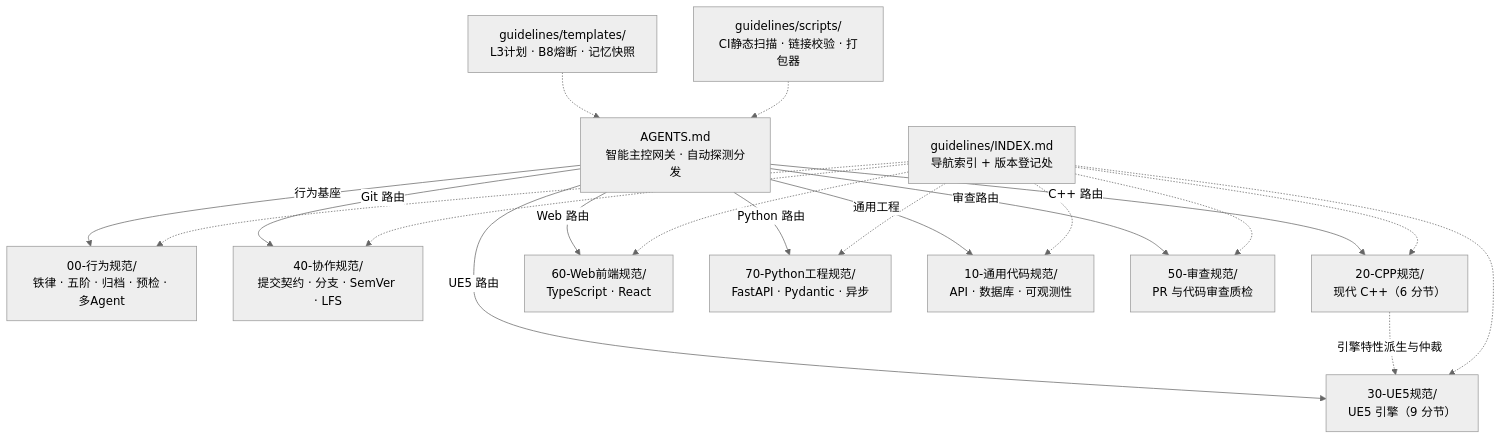
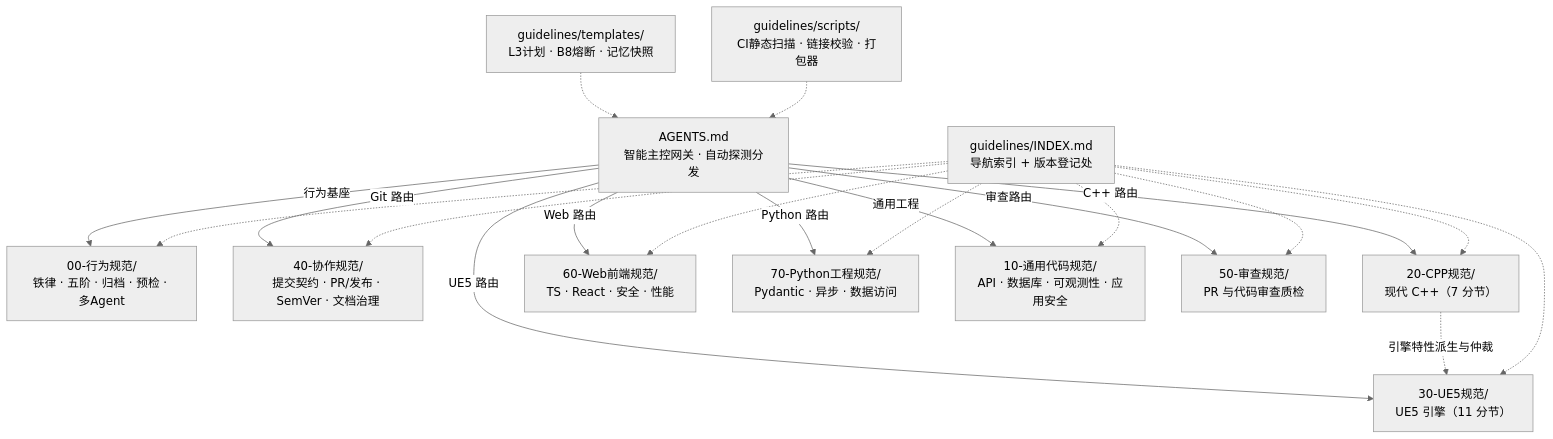
Before and after one commit to YIice-cwj/ai-coding-standards: the diagram in README.md, drawn with Mermaid (neutral theme). The commit also changed other lines of this file and 51 other files, not shown here.

````diff
--- a/README.md
+++ b/README.md
@@ -44,15 +48,15 @@
 ```mermaid
 graph TD
     M[AGENTS.md<br/>智能主控网关 · 自动探测分发] -->|行为基座| A[00-行为规范/<br/>铁律 · 五阶 · 归档 · 预检 · 多Agent]
-    M -->|Git 路由| F[40-协作规范/<br/>提交契约 · 分支 · SemVer · LFS]
-    M -->|C++ 路由| C[20-CPP规范/<br/>现代 C++（6 分节）]
-    M -->|UE5 路由| D[30-UE5规范/<br/>UE5 引擎（9 分节）]
-    M -->|Web 路由| W[60-Web前端规范/<br/>TypeScript · React]
-    M -->|Python 路由| P[70-Python工程规范/<br/>FastAPI · Pydantic · 异步]
-    M -->|通用工程| B[10-通用代码规范/<br/>API · 数据库 · 可观测性]
+    M -->|Git 路由| F[40-协作规范/<br/>提交契约 · PR/发布 · SemVer · 文档治理]
+    M -->|C++ 路由| C[20-CPP规范/<br/>现代 C++（7 分节）]
+    M -->|UE5 路由| D[30-UE5规范/<br/>UE5 引擎（11 分节）]
+    M -->|Web 路由| W[60-Web前端规范/<br/>TS · React · 安全 · 性能]
+    M -->|Python 路由| P[70-Python工程规范/<br/>Pydantic · 异步 · 数据访问]
+    M -->|通用工程| B[10-通用代码规范/<br/>API · 数据库 · 可观测性 · 应用安全]
     M -->|审查路由| E[50-审查规范/<br/>PR 与代码审查质检]
     C -.->|引擎特性派生与仲裁| D
     T[guidelines/templates/<br/>L3计划 · B8熔断 · 记忆快照] -.-> M
     S[guidelines/scripts/<br/>CI静态扫描 · 链接校验 · 打包器] -.-> M
     IDX[guidelines/INDEX.md<br/>导航索引 + 版本登记处] -.-> A & B & C & D & E & F & W & P
 ```
````
